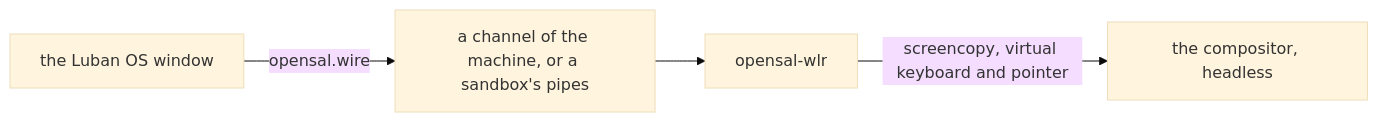
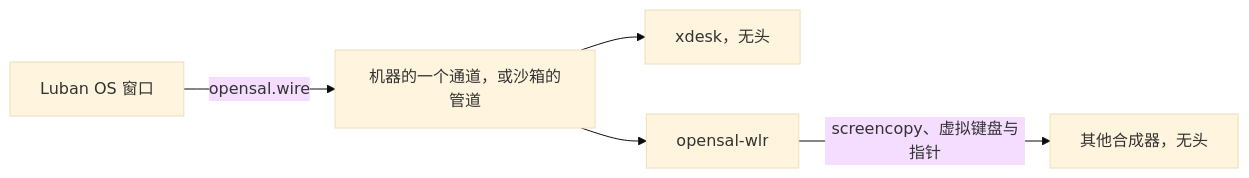
Before and after one commit to openxlings/xlings: the diagram in docs/zh/luban/08-desktop.md, drawn with Mermaid (base theme). The commit also changed other lines of this file and 5 other files, not shown here.

Commit message:
docs(luban): the desktop as it is -- quick start, import, xdesk (profiles, keys, settings, input method and clipboard), the desktop editions and what they are ready with (en, zh)

````diff
--- a/docs/zh/luban/08-desktop.md
+++ b/docs/zh/luban/08-desktop.md
@@ -65,6 +141,6 @@
 ```mermaid
 graph LR
-    W[the Luban OS window] -- opensal.wire --> C[a channel of the machine, or a sandbox's pipes]
-    C --> B[opensal-wlr]
-    B -- screencopy, virtual keyboard and pointer --> D[the compositor, headless]
+    W[Luban OS 窗口] -- opensal.wire --> C[机器的一个通道，或沙箱的管道]
+    C --> X[xdesk，无头]
+    C --> B[opensal-wlr] -- screencopy、虚拟键盘与指针 --> D[其他合成器，无头]
 ```
````
